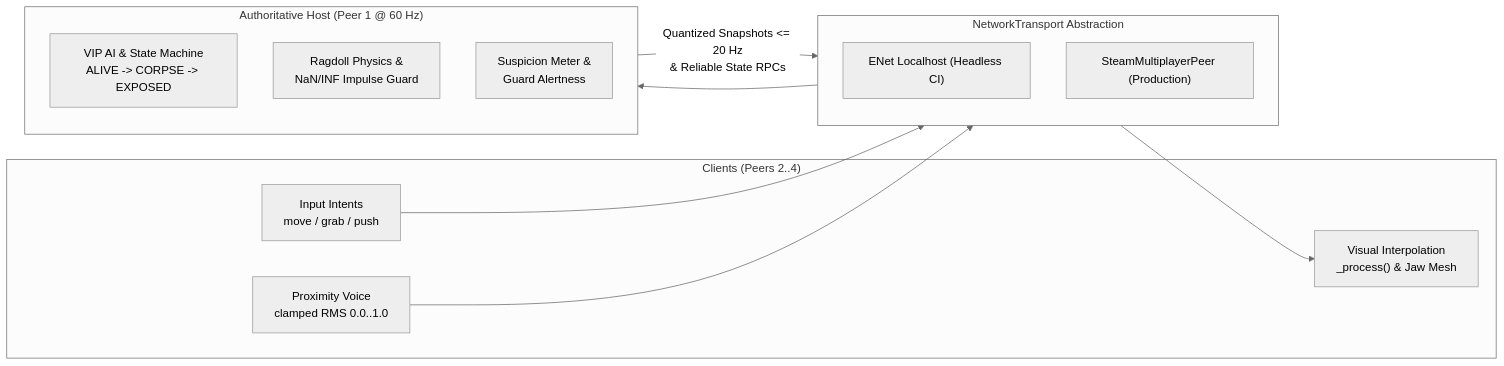
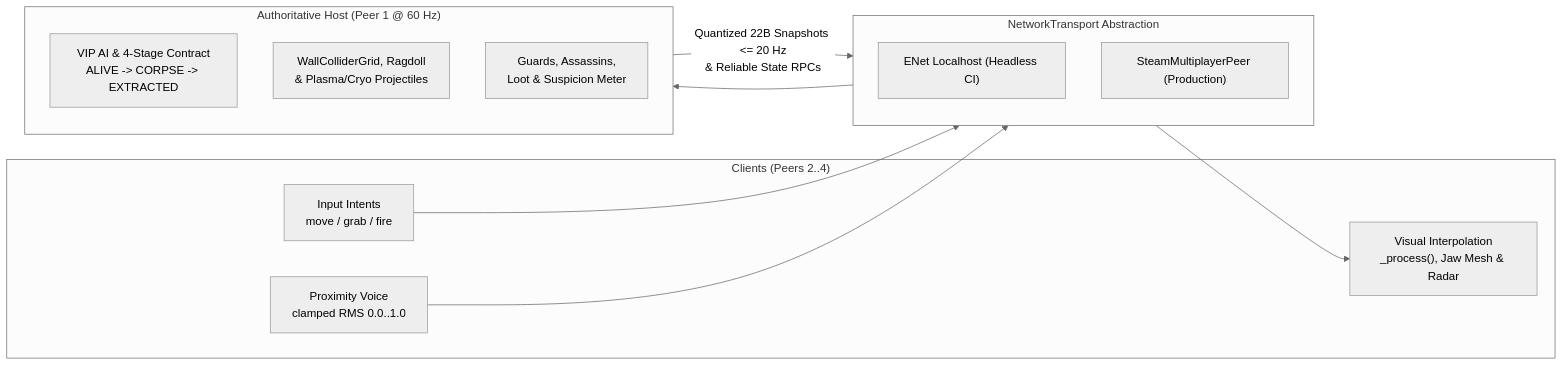
Before and after one commit to TPOJL/bodyguard-inc: the diagram in README.md, drawn with Mermaid (neutral theme). The commit also changed other lines of this file and 5 other files, not shown here.

````diff
--- a/README.md
+++ b/README.md
@@ -32,25 +89,25 @@
 ```mermaid
 flowchart LR
     subgraph Clients["Clients (Peers 2..4)"]
-        C1["Input Intents<br/>move / grab / push"]
+        C1["Input Intents<br/>move / grab / fire"]
         C2["Proximity Voice<br/>clamped RMS 0.0..1.0"]
-        C3["Visual Interpolation<br/>_process() & Jaw Mesh"]
+        C3["Visual Interpolation<br/>_process(), Jaw Mesh & Radar"]
     end
 
     subgraph Transport["NetworkTransport Abstraction"]
         T1["ENet Localhost (Headless CI)"]
         T2["SteamMultiplayerPeer (Production)"]
     end
 
     subgraph Host["Authoritative Host (Peer 1 @ 60 Hz)"]
-        H1["VIP AI & State Machine<br/>ALIVE -> CORPSE -> EXPOSED"]
-        H2["Ragdoll Physics &<br/>NaN/INF Impulse Guard"]
-        H3["Suspicion Meter &<br/>Guard Alertness"]
+        H1["VIP AI & 4-Stage Contract<br/>ALIVE -> CORPSE -> EXTRACTED"]
+        H2["WallColliderGrid, Ragdoll<br/>& Plasma/Cryo Projectiles"]
+        H3["Guards, Assassins,<br/>Loot & Suspicion Meter"]
     end
 
     C1 --> Transport
     C2 --> Transport
     Transport --> Host
-    Host -- "Quantized Snapshots <= 20 Hz<br/>& Reliable State RPCs" --> Transport
+    Host -- "Quantized 22B Snapshots <= 20 Hz<br/>& Reliable State RPCs" --> Transport
     Transport --> C3
 ```
````
